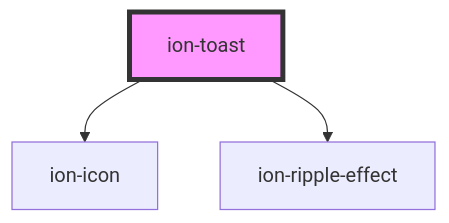
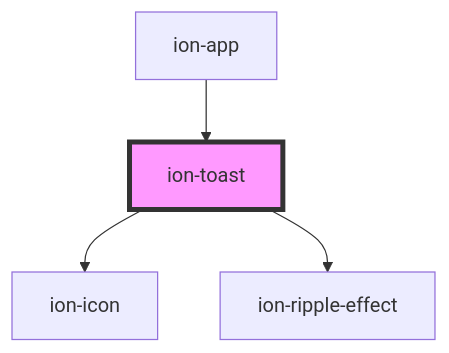
One commit to Ryu9425/ang_ionic changed the diagram in core/src/components/toast/readme.md. Above: the diagram before and after it, drawn with Mermaid. The commit also changed other lines of this file and 11 other files, not shown here.

Commit message:
fix(overlays): overlays are defined by ion-app; ion-select-popover is defined by ion-select

````diff
--- a/core/src/components/toast/readme.md
+++ b/core/src/components/toast/readme.md
@@ -531,6 +535,7 @@
 ```mermaid
 graph TD;
   ion-toast --> ion-icon
   ion-toast --> ion-ripple-effect
+  ion-app --> ion-toast
   style ion-toast fill:#f9f,stroke:#333,stroke-width:4px
 ```
````
